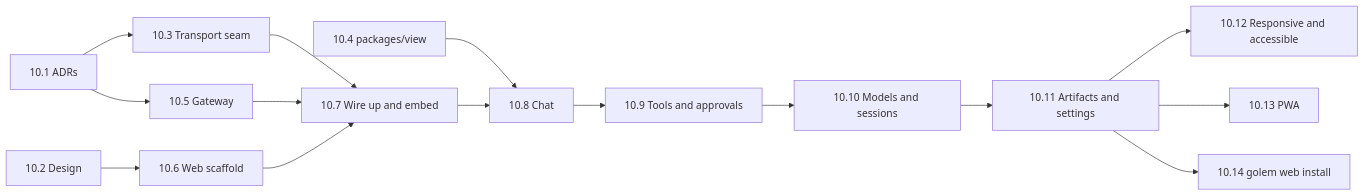
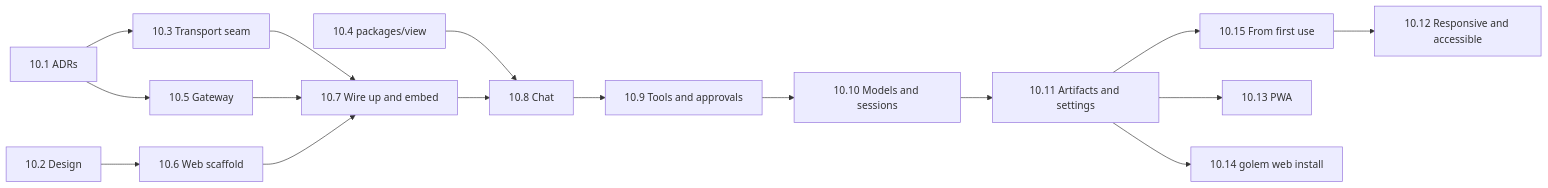
One commit to MilanPavel/golem changed the fourth of 7 diagrams in docs/plan.md. Above: the diagram before and after it, drawn with Mermaid. The commit also changed other lines of this file, not shown here.

Commit message:
docs(plan): add step 10.15, the browser from first use (#518)

````diff
--- a/docs/plan.md
+++ b/docs/plan.md
@@ -300,14 +301,14 @@
 ```mermaid
 flowchart LR
   s1[10.1 ADRs] --> s3[10.3 Transport seam]
   s1 --> s5[10.5 Gateway]
   s2[10.2 Design] --> s6[10.6 Web scaffold]
   s3 --> s7[10.7 Wire up and embed]
   s5 --> s7
   s6 --> s7
   s4[10.4 packages/view] --> s8[10.8 Chat]
   s7 --> s8 --> s9[10.9 Tools and approvals] --> s10[10.10 Models and sessions] --> s11[10.11 Artifacts and settings]
-  s11 --> s12[10.12 Responsive and accessible]
+  s11 --> s15[10.15 From first use] --> s12[10.12 Responsive and accessible]
   s11 --> s13[10.13 PWA]
   s11 --> s14[10.14 golem web install]
 ```
````
